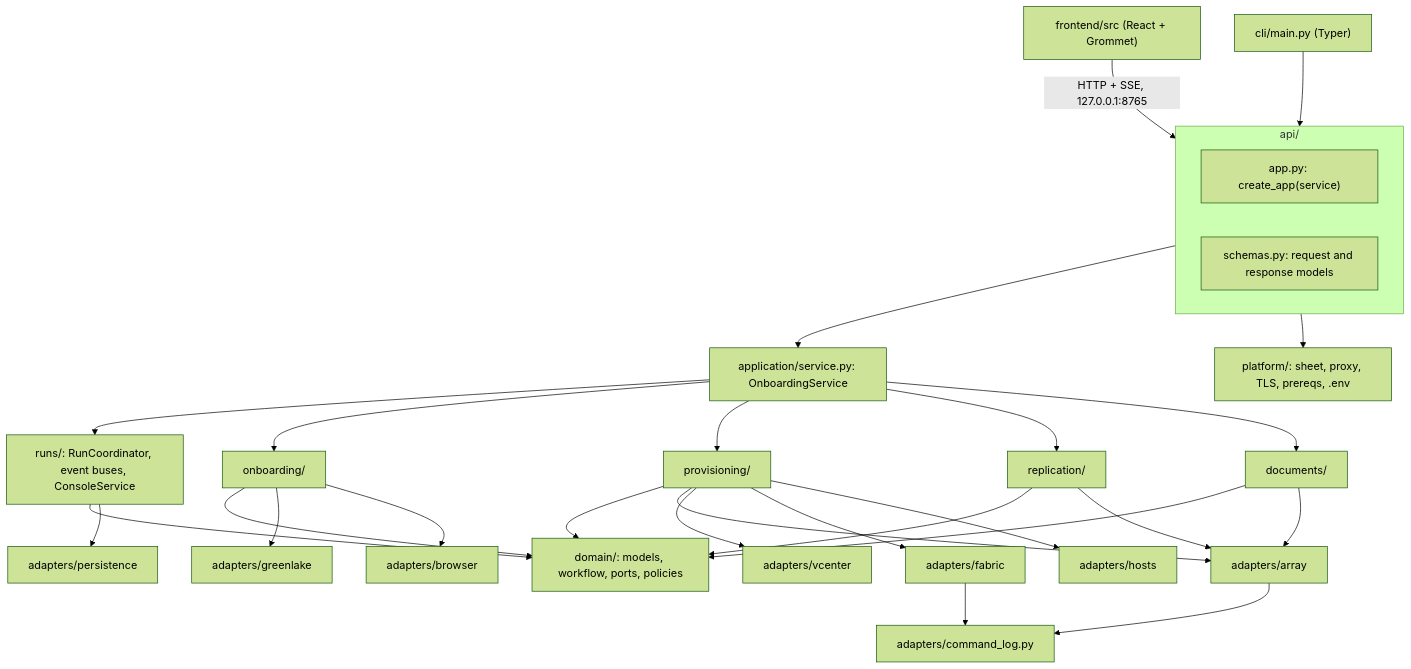
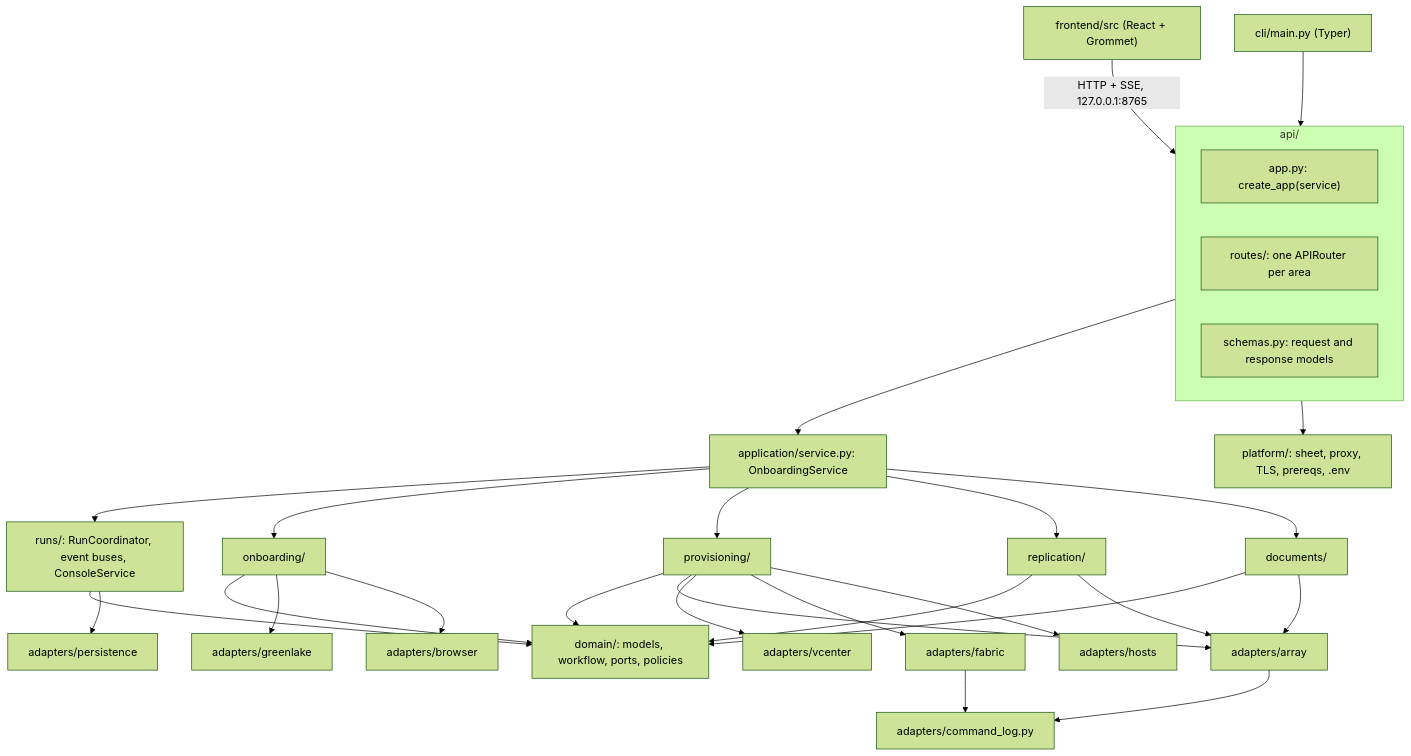
One commit to SaiHPE/Greenlake-Automation changed the first of 2 diagrams in Provisioning_Automation/alletra_onboard/docs/design/LLD.md. Above: the diagram before and after it, drawn with Mermaid (forest theme). The commit also changed other lines of this file and 21 other files, not shown here.

First line of the commit message:
BL-65: the API is one router per area; create_app goes from complexity 114 to 3 (#59)

````diff
--- a/Provisioning_Automation/alletra_onboard/docs/design/LLD.md
+++ b/Provisioning_Automation/alletra_onboard/docs/design/LLD.md
@@ -27,25 +27,26 @@
 ```mermaid
 flowchart TB
   UI["frontend/src (React + Grommet)"] -- "HTTP + SSE, 127.0.0.1:8765" --> API
   CLI["cli/main.py (Typer)"] --> API
   subgraph API["api/"]
     APP["app.py: create_app(service)"]
+    RTS["routes/: one APIRouter per area"]
     SCH["schemas.py: request and response models"]
   end
   API --> SVC["application/service.py: OnboardingService"]
   SVC --> RUNS["runs/: RunCoordinator, event buses, ConsoleService"]
   SVC --> ONB["onboarding/"]
   SVC --> PROV["provisioning/"]
   SVC --> REP["replication/"]
   SVC --> DOC["documents/"]
   API --> PLAT["platform/: sheet, proxy, TLS, prereqs, .env"]
   ONB & PROV & REP & DOC & RUNS --> DOM["domain/: models, workflow, ports, policies"]
   ONB --> GL["adapters/greenlake"]
   ONB --> BR["adapters/browser"]
   PROV & REP & DOC --> ARR["adapters/array"]
   PROV --> VC["adapters/vcenter"]
   PROV --> FAB["adapters/fabric"]
   PROV --> HOSTS["adapters/hosts"]
   RUNS --> PERS["adapters/persistence"]
   ARR & FAB --> CL["adapters/command_log.py"]
 ```
````
